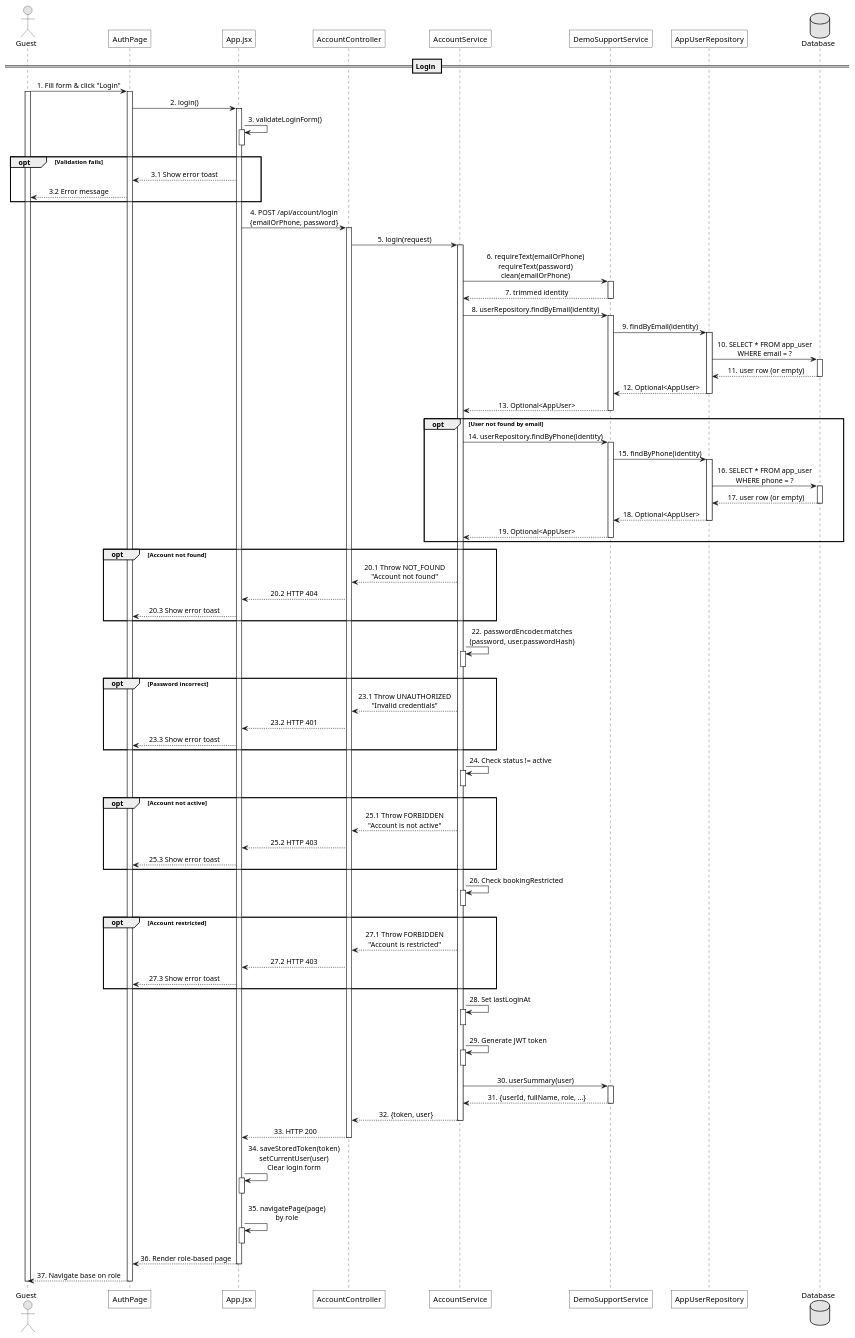
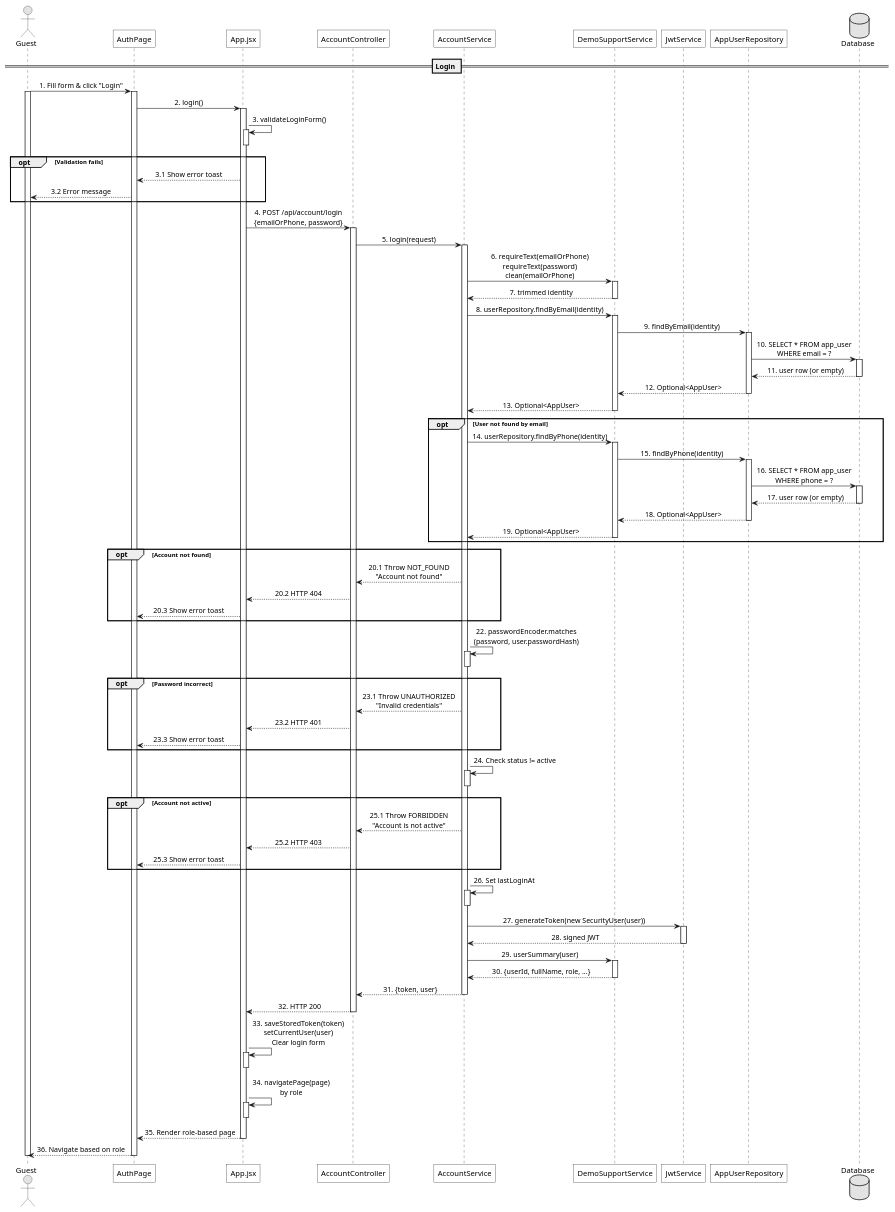
The diagram in docs/Sequence/Login.puml (maxwell1904/SWP391_G3), drawn with PlantUML before and after one commit. The commit also changed 95 other files, not shown here.

Commit message:
complete code-first flows and diagrams

```diff
--- a/docs/Sequence/Login.puml
+++ b/docs/Sequence/Login.puml
@@ -1,158 +1,150 @@
 @startuml
 
 skinparam monochrome true
 skinparam shadowing false
 skinparam roundcorner 0
 skinparam sequenceMessageAlign center
 skinparam responseMessageBelowArrow true
 
 skinparam participant {
   BackgroundColor white
   BorderColor black
 }
 
 actor Guest
 participant "AuthPage" as UI
 participant "App.jsx" as App
 participant "AccountController" as Controller
 participant "AccountService" as Service
 participant "DemoSupportService" as Support
+participant "JwtService" as Jwt
 participant "AppUserRepository" as UserRepo
 database "Database" as DB
 
 == Login ==
 
 Guest -> UI : 1. Fill form & click "Login"
 activate Guest
 activate UI
 
 UI -> App : 2. login()
 activate App
 
 App -> App : 3. validateLoginForm()
 activate App
 deactivate App
 
 opt Validation fails
   App --> UI : 3.1 Show error toast
   UI --> Guest : 3.2 Error message
 end
 
 App -> Controller : 4. POST /api/account/login\n{emailOrPhone, password}
 activate Controller
 
 Controller -> Service : 5. login(request)
 activate Service
 
 Service -> Support : 6. requireText(emailOrPhone)\nrequireText(password)\nclean(emailOrPhone)
 activate Support
 Support --> Service : 7. trimmed identity
 deactivate Support
 
 Service -> Support : 8. userRepository.findByEmail(identity)
 activate Support
 
 Support -> UserRepo : 9. findByEmail(identity)
 activate UserRepo
 
 UserRepo -> DB : 10. SELECT * FROM app_user\nWHERE email = ?
 activate DB
 DB --> UserRepo : 11. user row (or empty)
 deactivate DB
 
 UserRepo --> Support : 12. Optional<AppUser>
 deactivate UserRepo
 
 Support --> Service : 13. Optional<AppUser>
 deactivate Support
 
 opt User not found by email
   Service -> Support : 14. userRepository.findByPhone(identity)
   activate Support
 
   Support -> UserRepo : 15. findByPhone(identity)
   activate UserRepo
 
   UserRepo -> DB : 16. SELECT * FROM app_user\nWHERE phone = ?
   activate DB
   DB --> UserRepo : 17. user row (or empty)
   deactivate DB
 
   UserRepo --> Support : 18. Optional<AppUser>
   deactivate UserRepo
 
   Support --> Service : 19. Optional<AppUser>
   deactivate Support
 end
 
 opt Account not found
   Service --> Controller : 20.1 Throw NOT_FOUND\n"Account not found"
   Controller --> App : 20.2 HTTP 404
   App --> UI : 20.3 Show error toast
 end
 
 Service -> Service : 22. passwordEncoder.matches\n(password, user.passwordHash)
 activate Service
 deactivate Service
 
 opt Password incorrect
   Service --> Controller : 23.1 Throw UNAUTHORIZED\n"Invalid credentials"
   Controller --> App : 23.2 HTTP 401
   App --> UI : 23.3 Show error toast
 end
 
 Service -> Service : 24. Check status != active
 activate Service
 deactivate Service
 
 opt Account not active
   Service --> Controller : 25.1 Throw FORBIDDEN\n"Account is not active"
   Controller --> App : 25.2 HTTP 403
   App --> UI : 25.3 Show error toast
 end
 
-Service -> Service : 26. Check bookingRestricted
+Service -> Service : 26. Set lastLoginAt
 activate Service
 deactivate Service
 
-opt Account restricted
-  Service --> Controller : 27.1 Throw FORBIDDEN\n"Account is restricted"
-  Controller --> App : 27.2 HTTP 403
-  App --> UI : 27.3 Show error toast
-end
+Service -> Jwt : 27. generateToken(new SecurityUser(user))
+activate Jwt
+Jwt --> Service : 28. signed JWT
+deactivate Jwt
 
-Service -> Service : 28. Set lastLoginAt
-activate Service
+Service -> Support : 29. userSummary(user)
+activate Support
+Support --> Service : 30. {userId, fullName, role, ...}
+deactivate Support
+
+Service --> Controller : 31. {token, user}
 deactivate Service
 
-Service -> Service : 29. Generate JWT token
-activate Service
-deactivate Service
-
-Service -> Support : 30. userSummary(user)
-activate Support
-Support --> Service : 31. {userId, fullName, role, ...}
-deactivate Support
-
-Service --> Controller : 32. {token, user}
-deactivate Service
-
-Controller --> App : 33. HTTP 200
+Controller --> App : 32. HTTP 200
 deactivate Controller
 
-App -> App : 34. saveStoredToken(token)\nsetCurrentUser(user)\nClear login form
+App -> App : 33. saveStoredToken(token)\nsetCurrentUser(user)\nClear login form
 activate App
 deactivate App
 
-App -> App : 35. navigatePage(page)\nby role
+App -> App : 34. navigatePage(page)\nby role
 activate App
 deactivate App
 
-App --> UI : 36. Render role-based page
+App --> UI : 35. Render role-based page
 deactivate App
 
-UI --> Guest : 37. Navigate base on role
+UI --> Guest : 36. Navigate based on role
 deactivate UI
 deactivate Guest
 
 @enduml
```
